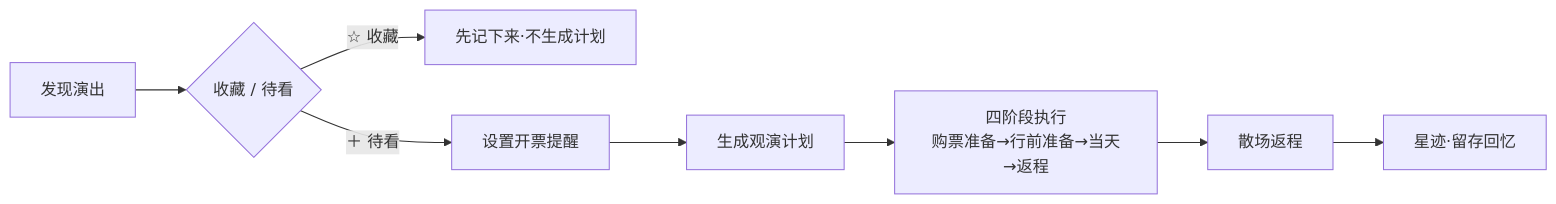
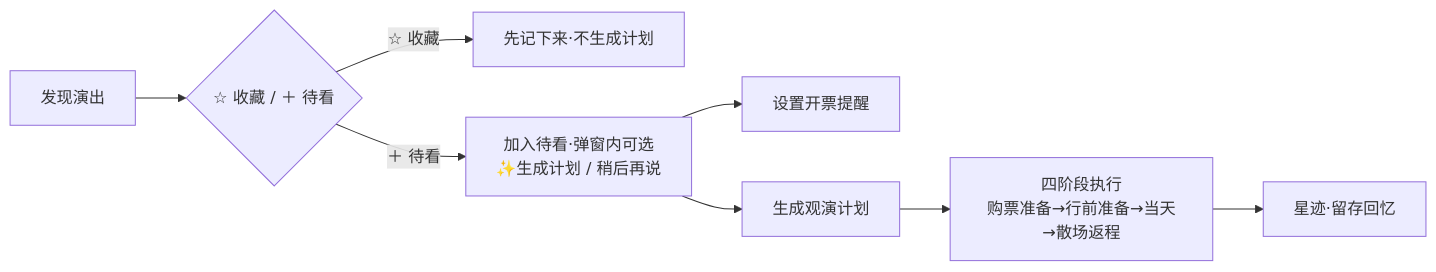
One commit to zz10965-alt/starshows-mobile changed the first of 5 diagrams in README.md. Above: the diagram before and after it, drawn with Mermaid. The commit also changed other lines of this file and 1 other file, not shown here.

First line of the commit message:
docs: 按 index.html 校核 README，补移动端截图

````diff
--- a/README.md
+++ b/README.md
@@ -145,10 +142,10 @@
 ```mermaid
 flowchart LR
-    A[发现演出] --> B{收藏 / 待看}
+    A[发现演出] --> B{☆ 收藏 / ＋ 待看}
     B -->|☆ 收藏| B1[先记下来·不生成计划]
-    B -->|＋ 待看| C[设置开票提醒]
-    C --> D[生成观演计划]
-    D --> E[四阶段执行<br/>购票准备→行前准备→当天→返程]
-    E --> F[散场返程]
+    B -->|＋ 待看| C[加入待看·弹窗内可选<br/>✨生成计划 / 稍后再说]
+    C --> D[设置开票提醒]
+    C --> E[生成观演计划]
+    E --> F[四阶段执行<br/>购票准备→行前准备→当天→散场返程]
     F --> G[星迹·留存回忆]
 ```
````
